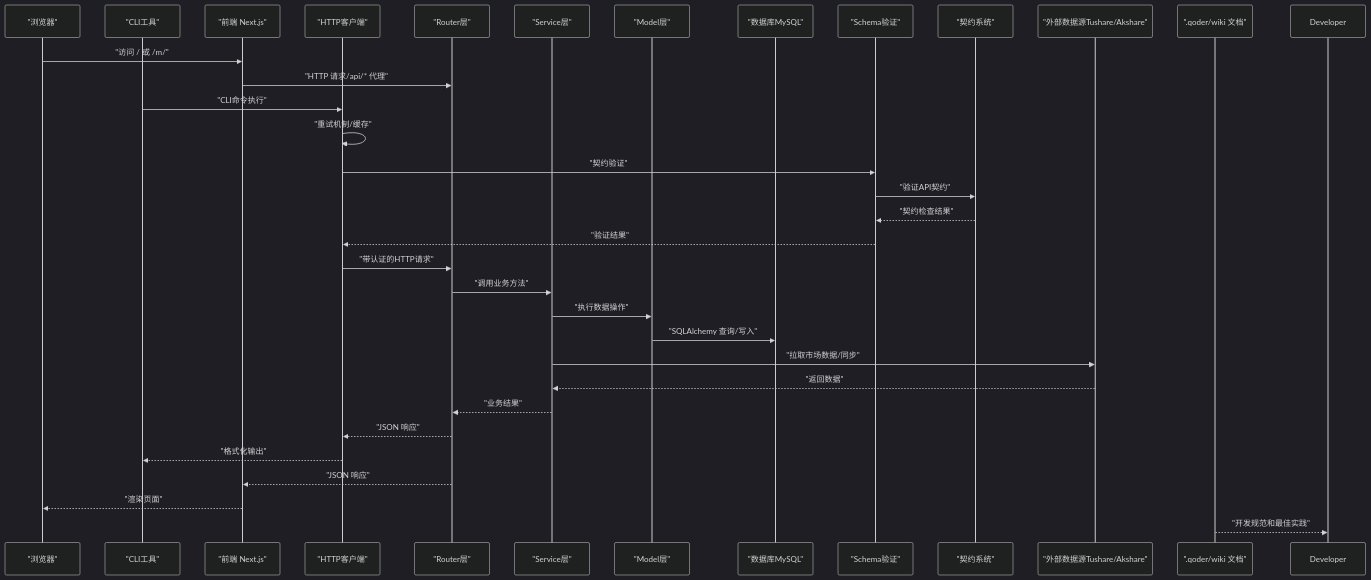
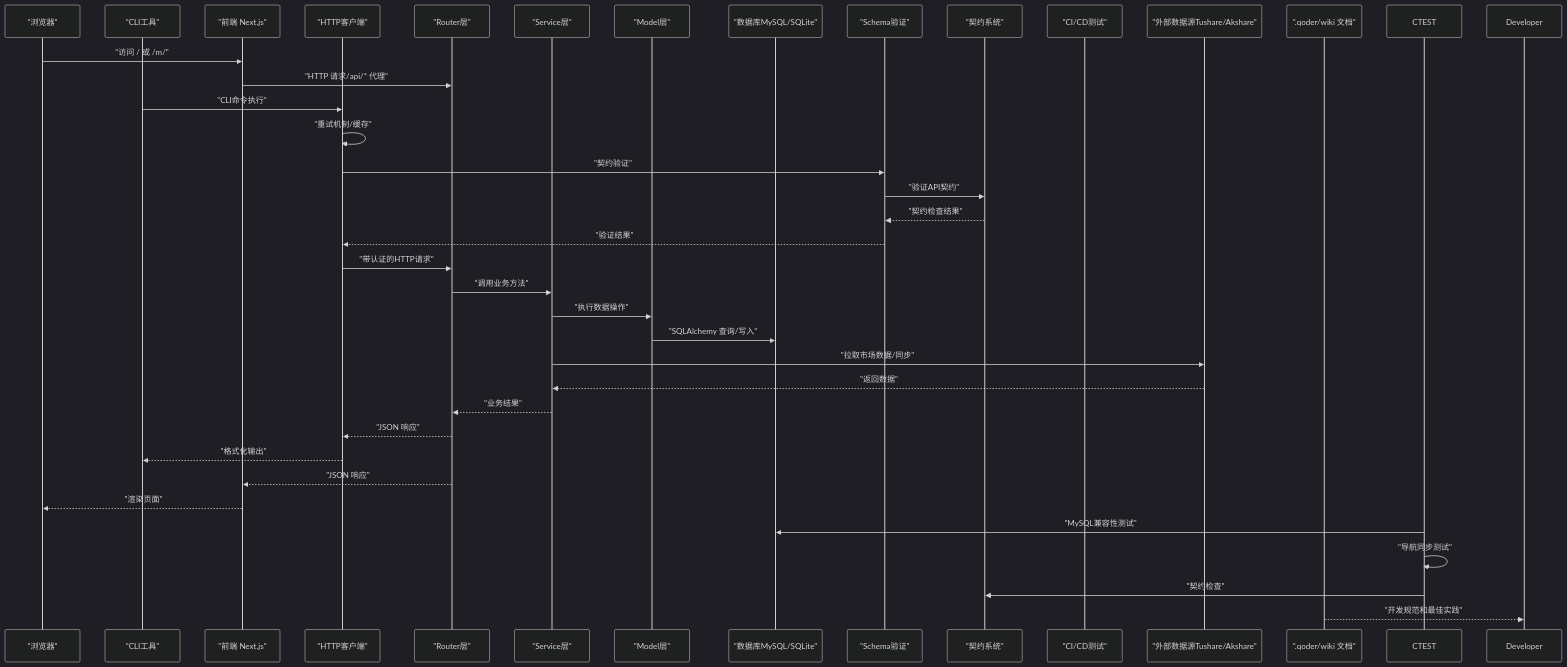
One commit to gujialind/InvestRing changed the second of 11 diagrams in .qoder/repowiki/zh/content/开发指南/开发指南.md. Above: the diagram before and after it, drawn with Mermaid (dark theme). The commit also changed other lines of this file and 59 other files, not shown here.

````diff
--- a/.qoder/repowiki/zh/content/开发指南/开发指南.md
+++ b/.qoder/repowiki/zh/content/开发指南/开发指南.md
@@ -152,35 +162,39 @@
 ```mermaid
 sequenceDiagram
 participant Browser as "浏览器"
 participant CLI as "CLI工具"
 participant FE as "前端 Next.js"
 participant Client as "HTTP客户端"
 participant Router as "Router层"
 participant Service as "Service层"
 participant Model as "Model层"
-participant DB as "数据库MySQL"
+participant DB as "数据库MySQL/SQLite"
 participant Schema as "Schema验证"
 participant Contract as "契约系统"
+participant CICTest as "CI/CD测试"
 participant Ext as "外部数据源Tushare/Akshare"
 participant Wiki as ".qoder/wiki 文档"
 Browser->>FE : "访问 / 或 /m/"
 FE->>Router : "HTTP 请求/api/* 代理"
 CLI->>Client : "CLI命令执行"
 Client->>Client : "重试机制/缓存"
 Client->>Schema : "契约验证"
 Schema->>Contract : "验证API契约"
 Contract-->>Schema : "契约检查结果"
 Schema-->>Client : "验证结果"
 Client->>Router : "带认证的HTTP请求"
 Router->>Service : "调用业务方法"
 Service->>Model : "执行数据操作"
 Model->>DB : "SQLAlchemy 查询/写入"
 Service->>Ext : "拉取市场数据/同步"
 Ext-->>Service : "返回数据"
 Service-->>Router : "业务结果"
 Router-->>Client : "JSON 响应"
 Client-->>CLI : "格式化输出"
 Router-->>FE : "JSON 响应"
 FE-->>Browser : "渲染页面"
+CTEST->>DB : "MySQL兼容性测试"
+CTEST->>CTEST : "导航同步测试"
+CTEST->>Contract : "契约检查"
 Wiki-->>Developer : "开发规范和最佳实践"
 ```
````
